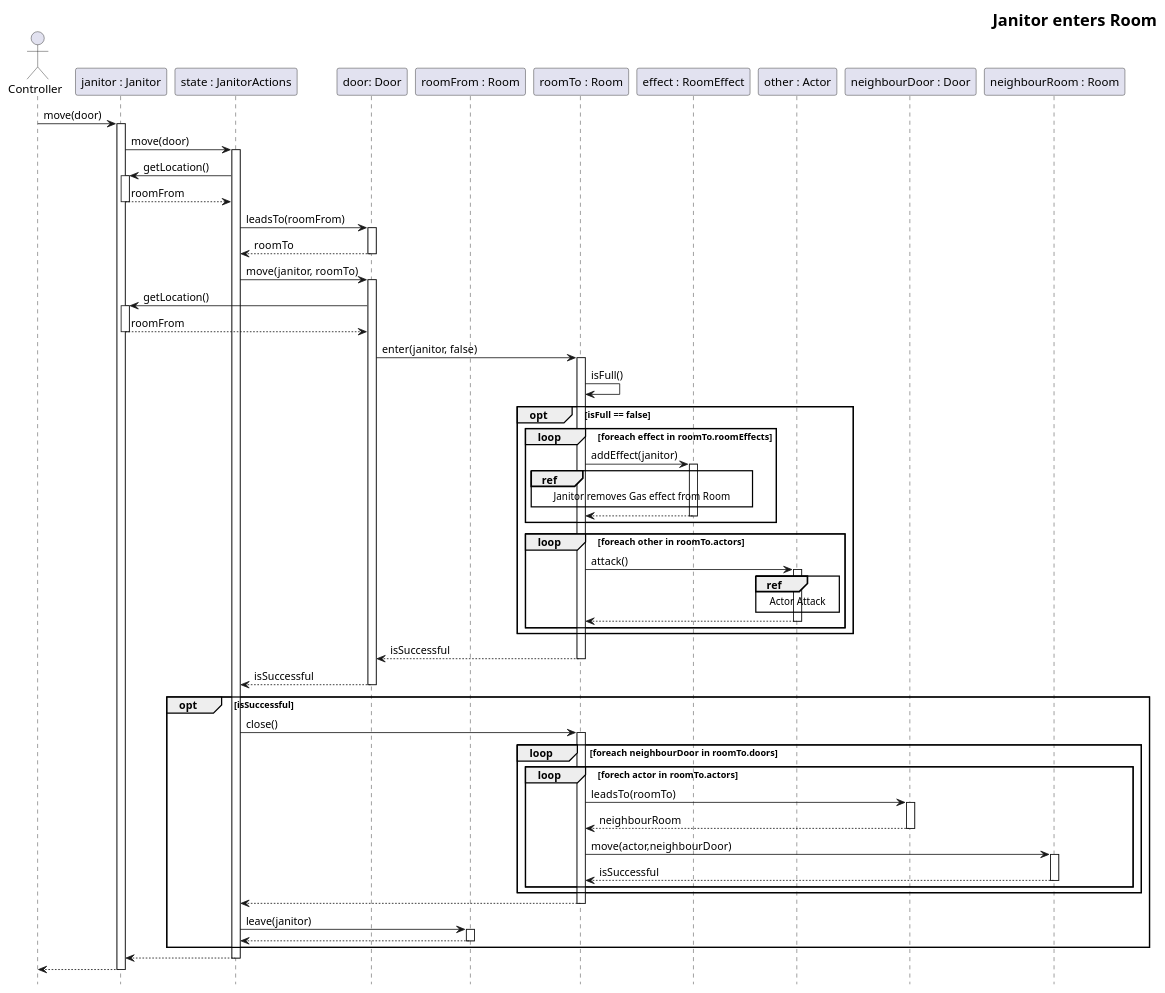
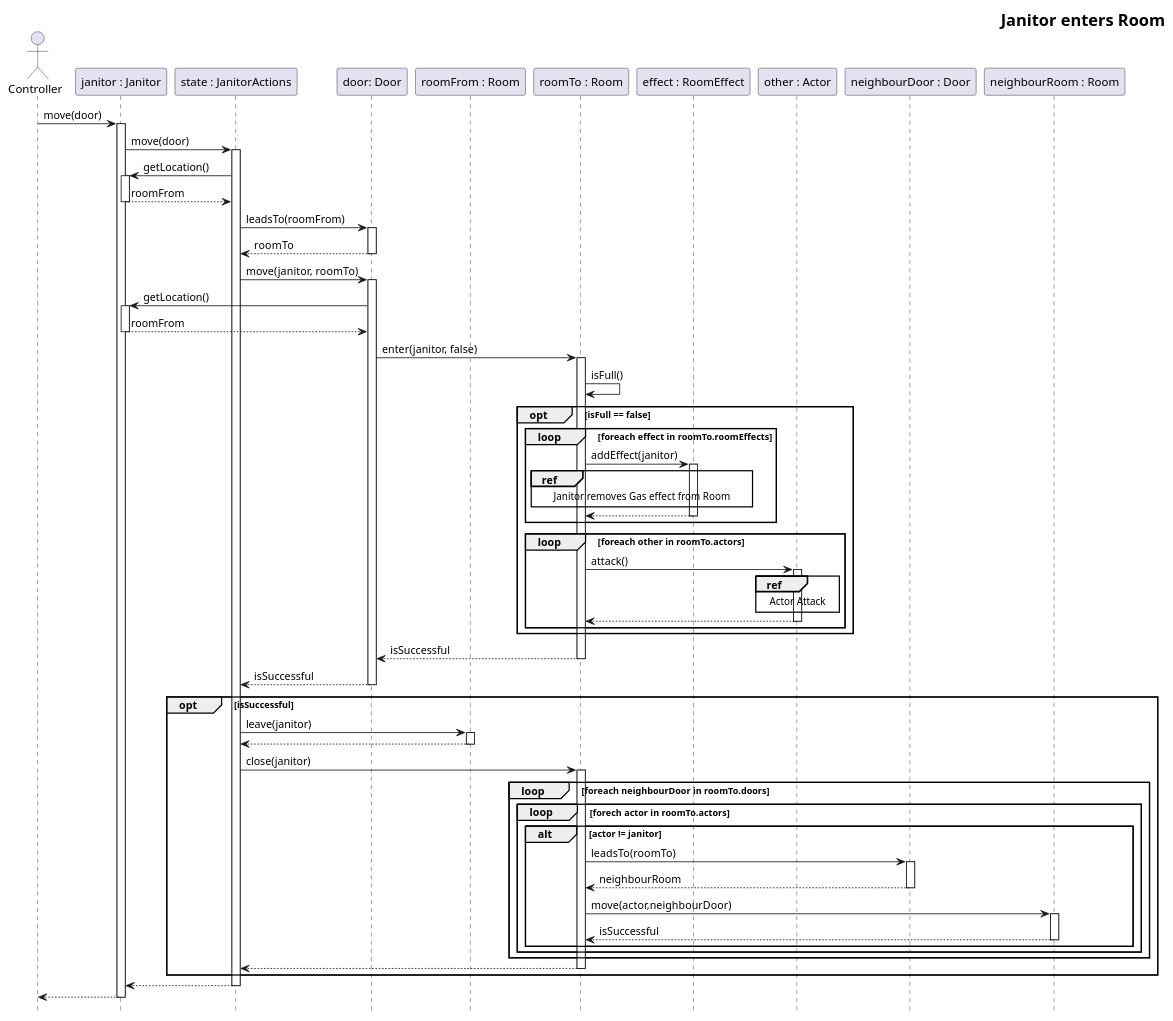
The diagram in docs/sequence/actor/JanitorMoves.puml (Kristof-me/Logarlec), drawn with PlantUML before and after one commit. The commit also changed 13 other files, not shown here.

```diff
--- a/docs/sequence/actor/JanitorMoves.puml
+++ b/docs/sequence/actor/JanitorMoves.puml
@@ -1,76 +1,78 @@
 @startuml JanitorEnters
 skinparam headerFontSize 20
 skinparam HeaderFontColor #000000
 skinparam HeaderFontStyle bold
 header Janitor enters Room
 
 hide footbox
 
 actor C as "Controller"
 participant J as "janitor : Janitor"
 participant S as "state : JanitorActions"
 participant D as "door: Door"
 participant R1 as "roomFrom : Room"
 participant R2 as "roomTo : Room"
 participant E as "effect : RoomEffect"
 participant O as "other : Actor"
 participant ND as "neighbourDoor : Door"
 participant NR as "neighbourRoom : Room"
 
 C -> J ++: move(door)
 J -> S ++: move(door)
 S -> J ++: getLocation()
 return roomFrom
 S -> D ++: leadsTo(roomFrom)
 return roomTo
 S -> D ++: move(janitor, roomTo)
 D -> J ++: getLocation()
 return roomFrom
 D -> R2 ++: enter(janitor, false)
 R2 -> R2 : isFull()
 
 opt isFull == false
     loop foreach effect in roomTo.roomEffects
         R2 -> E ++: addEffect(janitor)
             ref over R2,E
                 Janitor removes Gas effect from Room
             end ref
         return
 
     end
 
     loop foreach other in roomTo.actors
         R2 -> O ++ : attack()
 
         ref over O
             Actor Attack
         end ref
         return
     end
 end
 
 
 return isSuccessful
 return isSuccessful
 
 opt isSuccessful
-    S -> R2 ++: close()
+    S -> R1 ++: leave(janitor)
+    return
+    S -> R2 ++: close(janitor)
 
         loop foreach neighbourDoor in roomTo.doors
             loop forech actor in roomTo.actors
-                R2 -> ND ++: leadsTo(roomTo)
-                return neighbourRoom
-                R2 -> NR ++: move(actor,neighbourDoor)
-                return isSuccessful
+                alt actor != janitor
+                    R2 -> ND ++: leadsTo(roomTo)
+                    return neighbourRoom
+                    R2 -> NR ++: move(actor,neighbourDoor)
+                    return isSuccessful
+                end
             end
         end
     return
 
-    S -> R1 ++: leave(janitor)
-    return
 end
 
 return
 return
 
 @enduml
```
